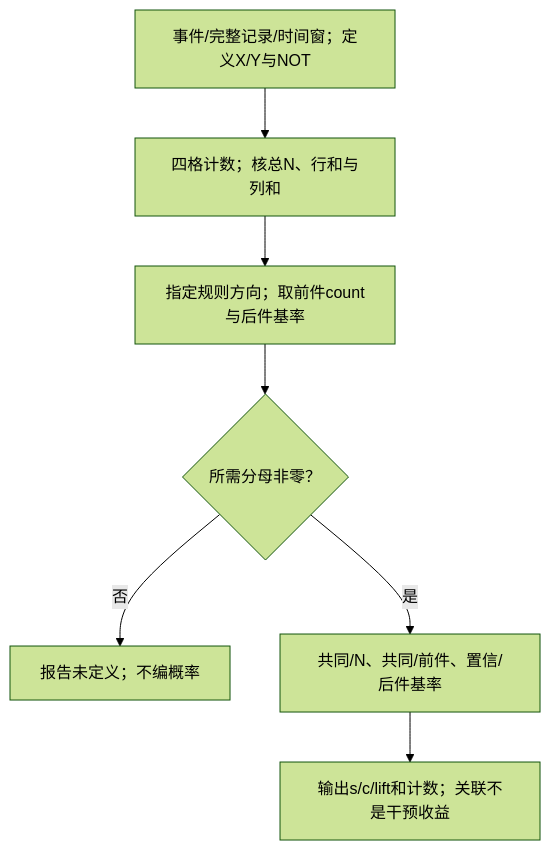
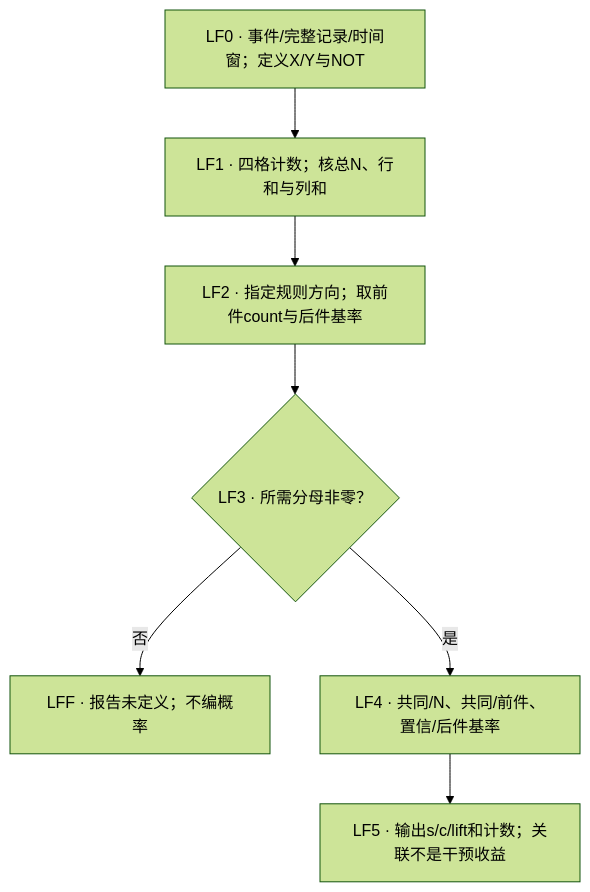
Diagram 11 of 20 in IS6400_Business_Data_Analytics/notes/M03-数据类型与描述性分析.md (CercaTrovato/cityu-ai-course-notes), drawn with Mermaid (forest theme) before and after one commit. The commit also changed other lines of this file and 40 other files, not shown here.

First line of the commit message:
完成 IS6400 M03 全篇审修、原题图保真与适用同步

````diff
--- a/IS6400_Business_Data_Analytics/notes/M03-数据类型与描述性分析.md
+++ b/IS6400_Business_Data_Analytics/notes/M03-数据类型与描述性分析.md
@@ -3136,9 +3476,9 @@
 ```mermaid
 flowchart TD
-    LF0["事件/完整记录/时间窗；定义X/Y与NOT"] --> LF1["四格计数；核总N、行和与列和"]
-    LF1 --> LF2["指定规则方向；取前件count与后件基率"]
-    LF2 --> LF3{"所需分母非零？"}
-    LF3 -->|否| LFF["报告未定义；不编概率"]
-    LF3 -->|是| LF4["共同/N、共同/前件、置信/后件基率"]
-    LF4 --> LF5["输出s/c/lift和计数；关联不是干预收益"]
+    LF0["LF0 · 事件/完整记录/时间窗；定义X/Y与NOT"] --> LF1["LF1 · 四格计数；核总N、行和与列和"]
+    LF1 --> LF2["LF2 · 指定规则方向；取前件count与后件基率"]
+    LF2 --> LF3{"LF3 · 所需分母非零？"}
+    LF3 -->|否| LFF["LFF · 报告未定义；不编概率"]
+    LF3 -->|是| LF4["LF4 · 共同/N、共同/前件、置信/后件基率"]
+    LF4 --> LF5["LF5 · 输出s/c/lift和计数；关联不是干预收益"]
 ```
````
